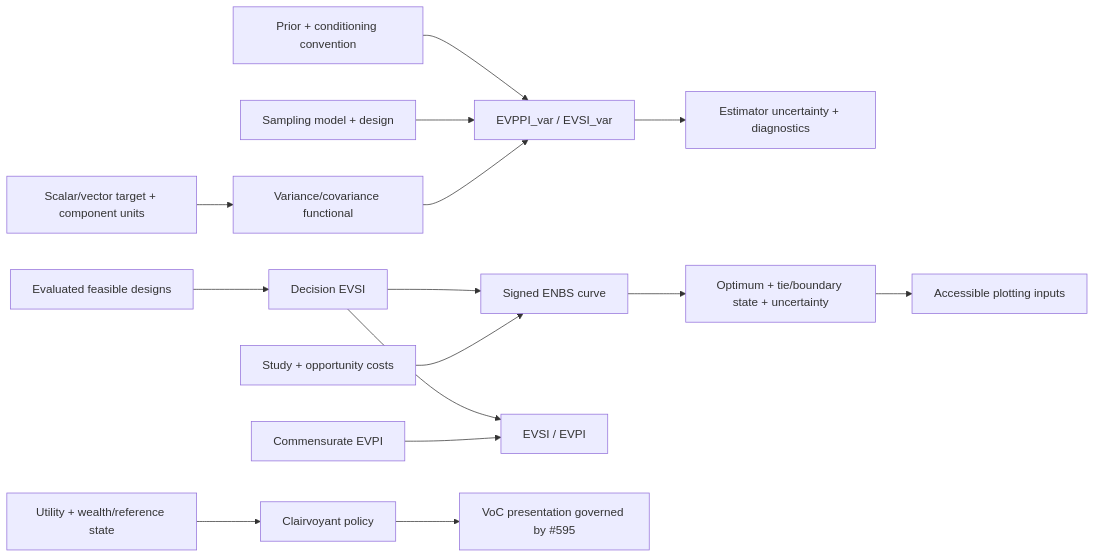
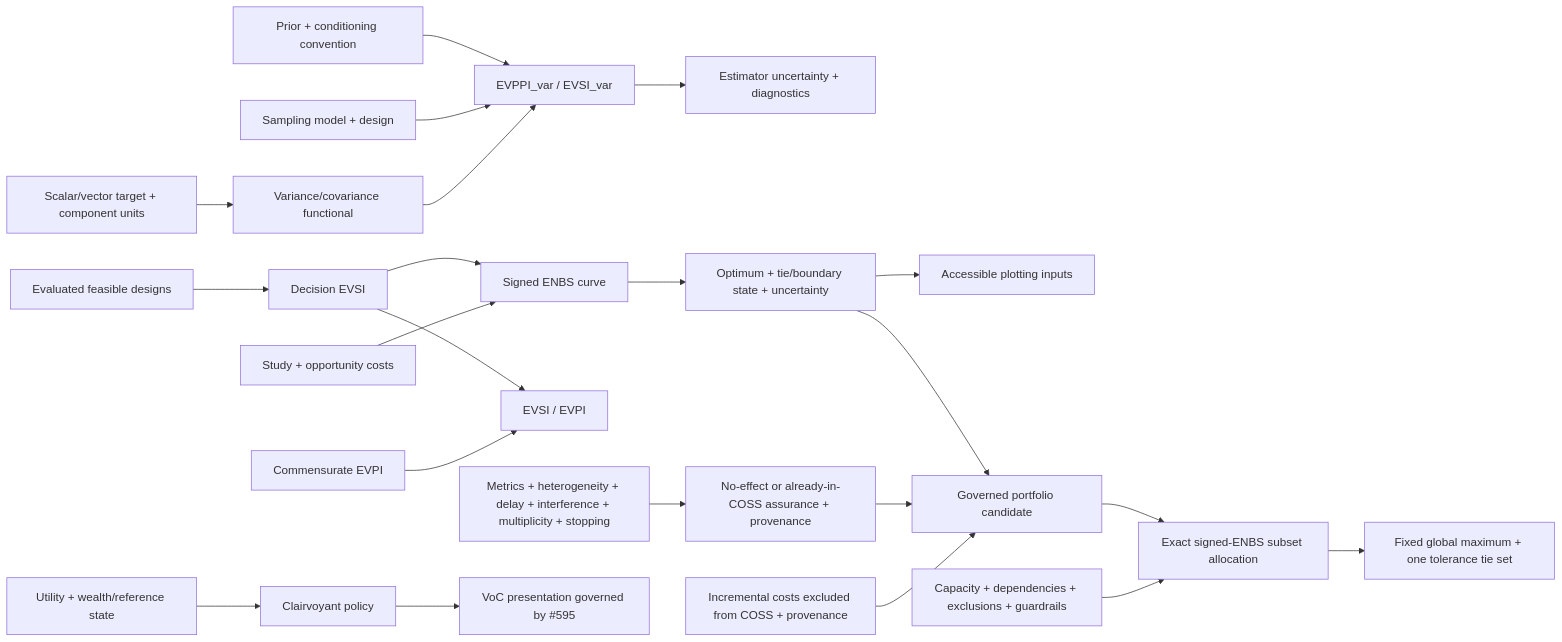
One commit to edithatogo/voiage changed the third of 7 diagrams in conductor/design.md. Above: the diagram before and after it, drawn with Mermaid. The commit also changed 57 other files, not shown here.

First line of the commit message:
Implement governed COSS and EVSI/EVPI efficiency (#679)

````diff
--- a/conductor/design.md
+++ b/conductor/design.md
@@ -44,19 +44,26 @@
 ```mermaid
 flowchart LR
     Target["Scalar/vector target + component units"] --> Functional["Variance/covariance functional"]
     Conditioning["Prior + conditioning convention"] --> Estimation["EVPPI_var / EVSI_var"]
     Sampling["Sampling model + design"] --> Estimation
     Functional --> Estimation
     Estimation --> Assurance["Estimator uncertainty + diagnostics"]
 
     Designs["Evaluated feasible designs"] --> EVSI["Decision EVSI"]
     EVSI --> ENBS["Signed ENBS curve"]
     Costs["Study + opportunity costs"] --> ENBS
     ENBS --> COSS["Optimum + tie/boundary state + uncertainty"]
     COSS --> Plot["Accessible plotting inputs"]
     EVSI --> Ratio["EVSI / EVPI"]
     EVPI["Commensurate EVPI"] --> Ratio
+    COSS --> Candidate["Governed portfolio candidate"]
+    PortfolioSemantics["Metrics + heterogeneity + delay + interference + multiplicity + stopping"] --> AssuranceDeclaration["No-effect or already-in-COSS assurance + provenance"]
+    AssuranceDeclaration --> Candidate
+    DisjointCosts["Incremental costs excluded from COSS + provenance"] --> Candidate
+    Candidate --> Portfolio["Exact signed-ENBS subset allocation"]
+    PortfolioConstraints["Capacity + dependencies + exclusions + guardrails"] --> Portfolio
+    Portfolio --> GlobalTieSet["Fixed global maximum + one tolerance tie set"]
 
     Utility["Utility + wealth/reference state"] --> Clairvoyant["Clairvoyant policy"]
     Clairvoyant --> VoC["VoC presentation governed by #595"]
 ```
````
